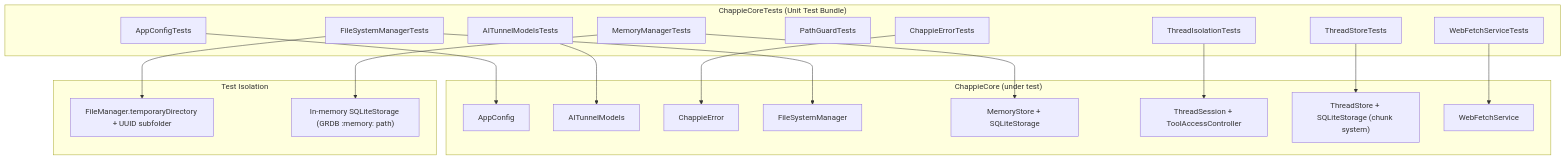
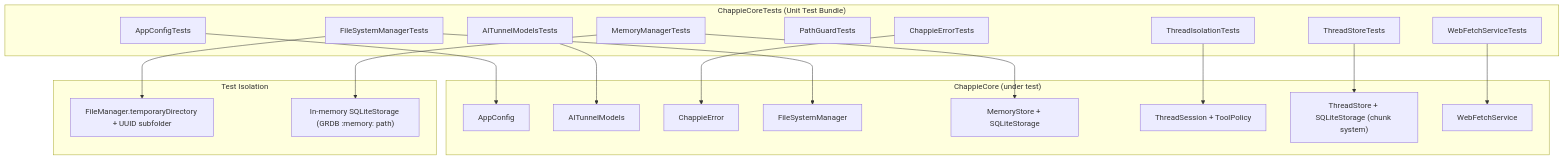
The diagram in ChappieCoreTests/architecture.md (iOSIvanovS/chappieai), drawn with Mermaid before and after one commit. The commit also changed other lines of this file and 24 other files, not shown here.

First line of the commit message:
Unify tool access control into a single deny-by-default ToolPolicy table

````diff
--- a/ChappieCoreTests/architecture.md
+++ b/ChappieCoreTests/architecture.md
@@ -48,42 +49,42 @@
 ```mermaid
 graph TD
     subgraph TestTarget["ChappieCoreTests (Unit Test Bundle)"]
         ACT["AppConfigTests"]
         ATMT["AITunnelModelsTests"]
         CET["ChappieErrorTests"]
         FSMT["FileSystemManagerTests"]
         PGT["PathGuardTests"]
         MMT["MemoryManagerTests"]
         TIT["ThreadIsolationTests"]
         TSTT["ThreadStoreTests"]
         WFST["WebFetchServiceTests"]
     end
 
     subgraph Core["ChappieCore (under test)"]
         AC["AppConfig"]
         ATM["AITunnelModels"]
         CE["ChappieError"]
         FSM["FileSystemManager"]
         MemM["MemoryStore + SQLiteStorage"]
-        TS["ThreadSession + ToolAccessController"]
+        TS["ThreadSession + ToolPolicy"]
         TST["ThreadStore + SQLiteStorage (chunk system)"]
         WFS["WebFetchService"]
     end
 
     ACT --> AC
     ATMT --> ATM
     CET --> CE
     FSMT --> FSM
     MMT --> MemM
     TIT --> TS
     TSTT --> TST
     WFST --> WFS
 
     subgraph Isolation["Test Isolation"]
         TmpDir["FileManager.temporaryDirectory + UUID subfolder"]
         InMemDB["In-memory SQLiteStorage (GRDB :memory: path)"]
     end
 
     MMT --> InMemDB
     FSMT --> TmpDir
 ```
````
